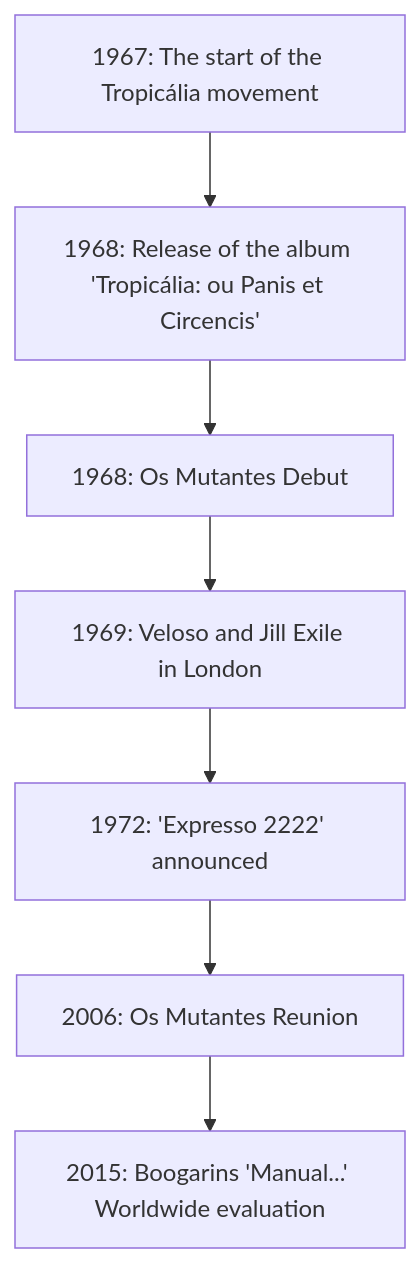
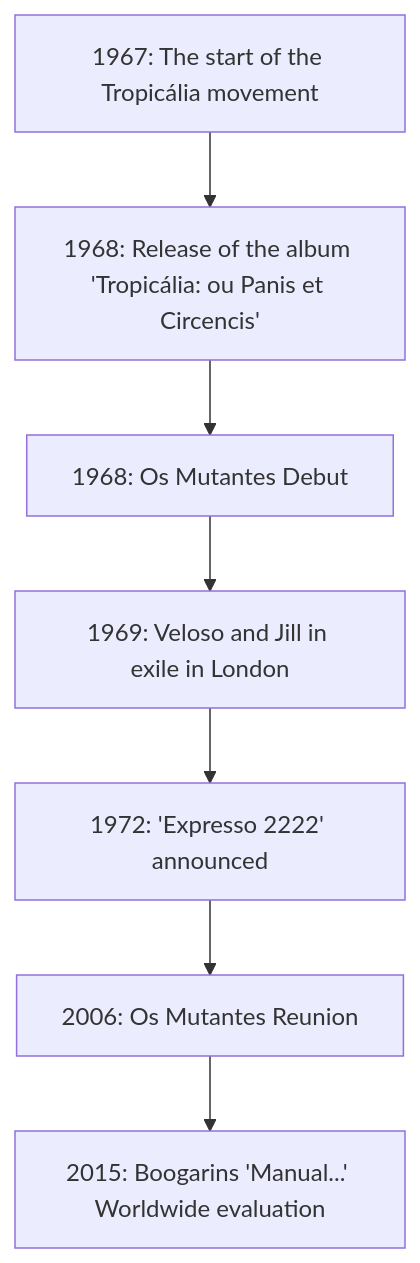
One commit to monumental-movement/monumental-movement.github.io changed the diagram in en/_posts/2025-10-08-Colum-Brazilian-Psychedelic-Music.md. Above: the diagram before and after it, drawn with Mermaid. The commit also changed other lines of this file and 851 other files, not shown here.

```diff
--- a/en/_posts/2025-10-08-Colum-Brazilian-Psychedelic-Music.md
+++ b/en/_posts/2025-10-08-Colum-Brazilian-Psychedelic-Music.md
@@ -103,14 +103,14 @@
 <div class="mermaid">
 
 flowchart TD
     A1967["1967: The start of the Tropicália movement"]
     A1968a["1968: Release of the album 'Tropicália: ou Panis et Circencis'"]
     A1968b["1968: Os Mutantes Debut"]
-    A1969["1969: Veloso and Jill Exile in London"]
+    A1969["1969: Veloso and Jill in exile in London"]
     A1972["1972: 'Expresso 2222' announced"]
     A2006["2006: Os Mutantes Reunion"]
     A2015["2015: Boogarins 'Manual...' Worldwide evaluation"]
 
     A1967 --> A1968a --> A1968b --> A1969 --> A1972 --> A2006 --> A2015
 
 </div>
```
